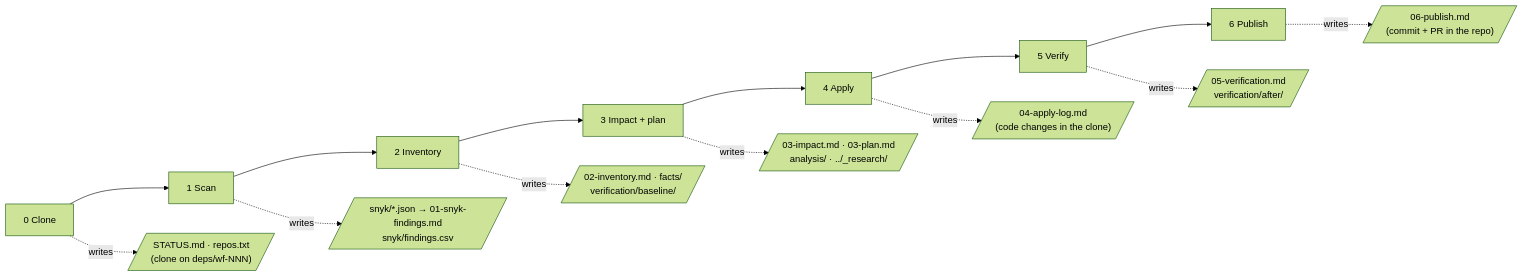
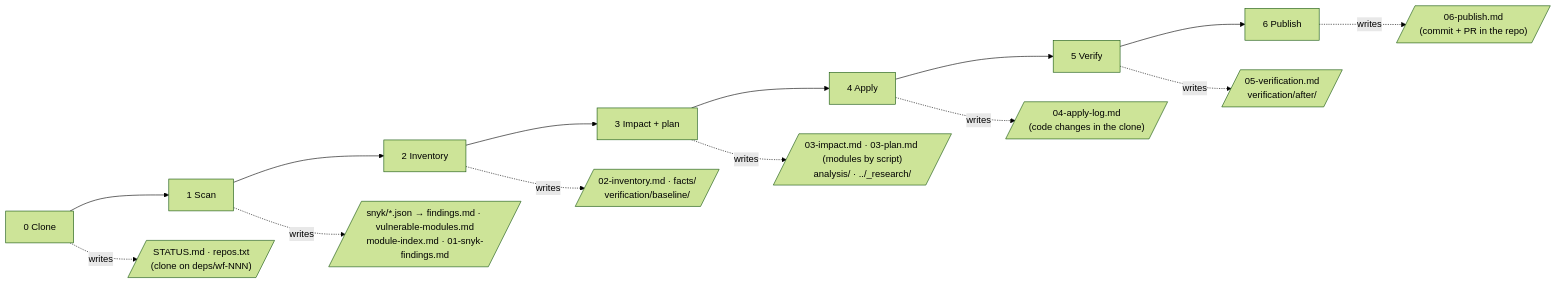
One commit to elinasarvari/snyk-update-package changed the fifth of 5 diagrams in docs/ARCHITECTURE.md. Above: the diagram before and after it, drawn with Mermaid (forest theme). The commit also changed other lines of this file and 1 other file, not shown here.

First line of the commit message:
Docs: faster planning steps; architecture diagrams brought up to date

````diff
--- a/docs/ARCHITECTURE.md
+++ b/docs/ARCHITECTURE.md
@@ -211,12 +222,12 @@
 ```mermaid
 flowchart LR
     s0["0 Clone"] --> s1["1 Scan"] --> s2["2 Inventory"] --> s3["3 Impact + plan"] --> s4["4 Apply"] --> s5["5 Verify"] --> s6["6 Publish"]
 
     s0 -. writes .-> f0[/"STATUS.md · repos.txt<br/>(clone on deps/wf-NNN)"/]
-    s1 -. writes .-> f1[/"snyk/*.json → 01-snyk-findings.md<br/>snyk/findings.csv"/]
+    s1 -. writes .-> f1[/"snyk/*.json → findings.md · vulnerable-modules.md<br/>module-index.md · 01-snyk-findings.md"/]
     s2 -. writes .-> f2[/"02-inventory.md · facts/<br/>verification/baseline/"/]
-    s3 -. writes .-> f3[/"03-impact.md · 03-plan.md<br/>analysis/ · ../_research/"/]
+    s3 -. writes .-> f3[/"03-impact.md · 03-plan.md (modules by script)<br/>analysis/ · ../_research/"/]
     s4 -. writes .-> f4[/"04-apply-log.md<br/>(code changes in the clone)"/]
     s5 -. writes .-> f5[/"05-verification.md<br/>verification/after/"/]
     s6 -. writes .-> f6[/"06-publish.md<br/>(commit + PR in the repo)"/]
 ```
````
